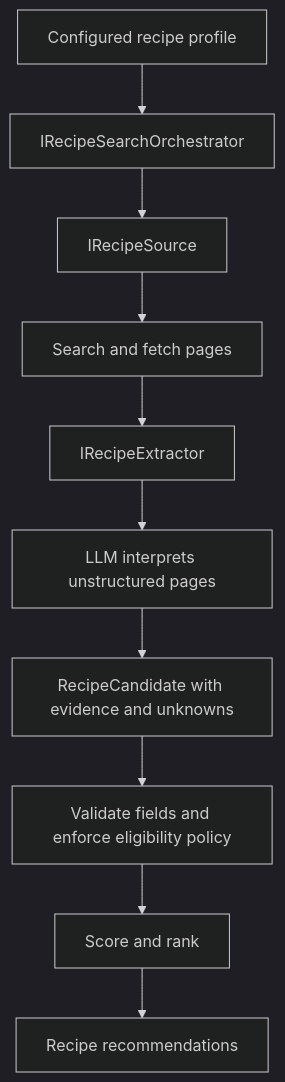
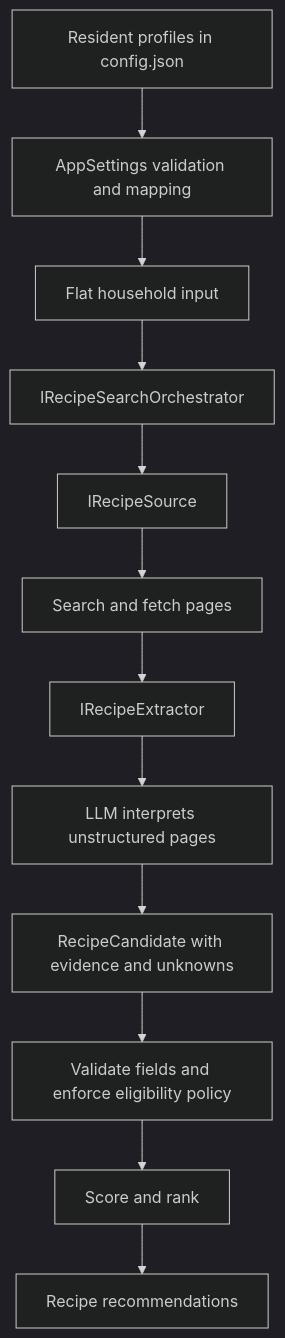
The diagram in README.md (felerskih/RecipeFetcherAgent), drawn with Mermaid (dark theme) before and after one commit. The commit also changed other lines of this file and 1 other file, not shown here.

Commit message:
Document configuration and tighten recipe output rules

````diff
--- a/README.md
+++ b/README.md
@@ -10,12 +90,14 @@
 ```mermaid
 flowchart TD
-    Profile[Configured recipe profile] --> Orchestrator[IRecipeSearchOrchestrator]
+    Profile[Resident profiles in config.json] --> Settings[AppSettings validation and mapping]
+    Settings --> Household[Flat household input]
+    Household --> Orchestrator[IRecipeSearchOrchestrator]
     Orchestrator --> Source[IRecipeSource]
     Source --> Search[Search and fetch pages]
     Search --> Extractor[IRecipeExtractor]
     Extractor --> LLM[LLM interprets unstructured pages]
     LLM --> Candidate[RecipeCandidate with evidence and unknowns]
     Candidate --> Policy[Validate fields and enforce eligibility policy]
     Policy --> Rank[Score and rank]
     Rank --> Result[Recipe recommendations]
 ```
````
